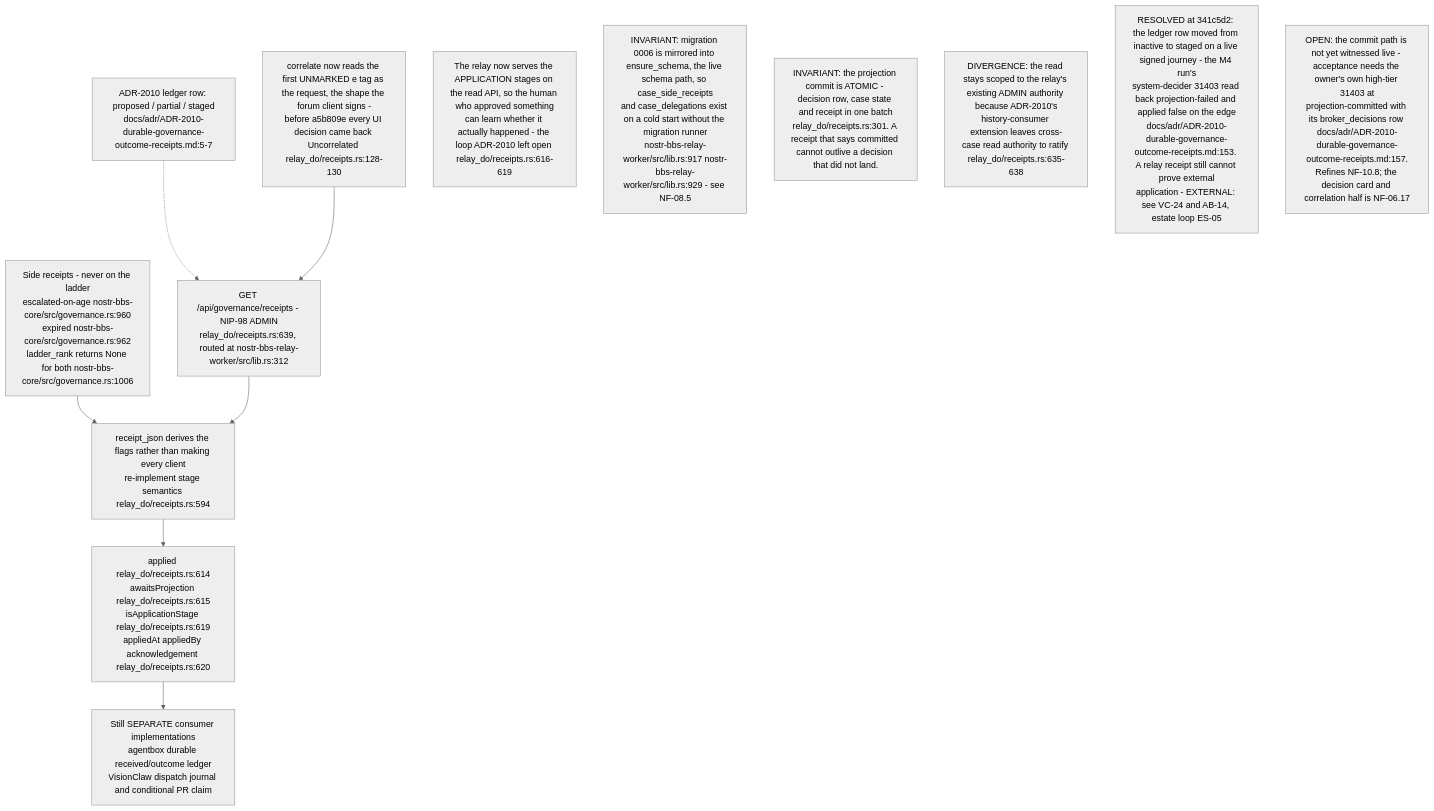
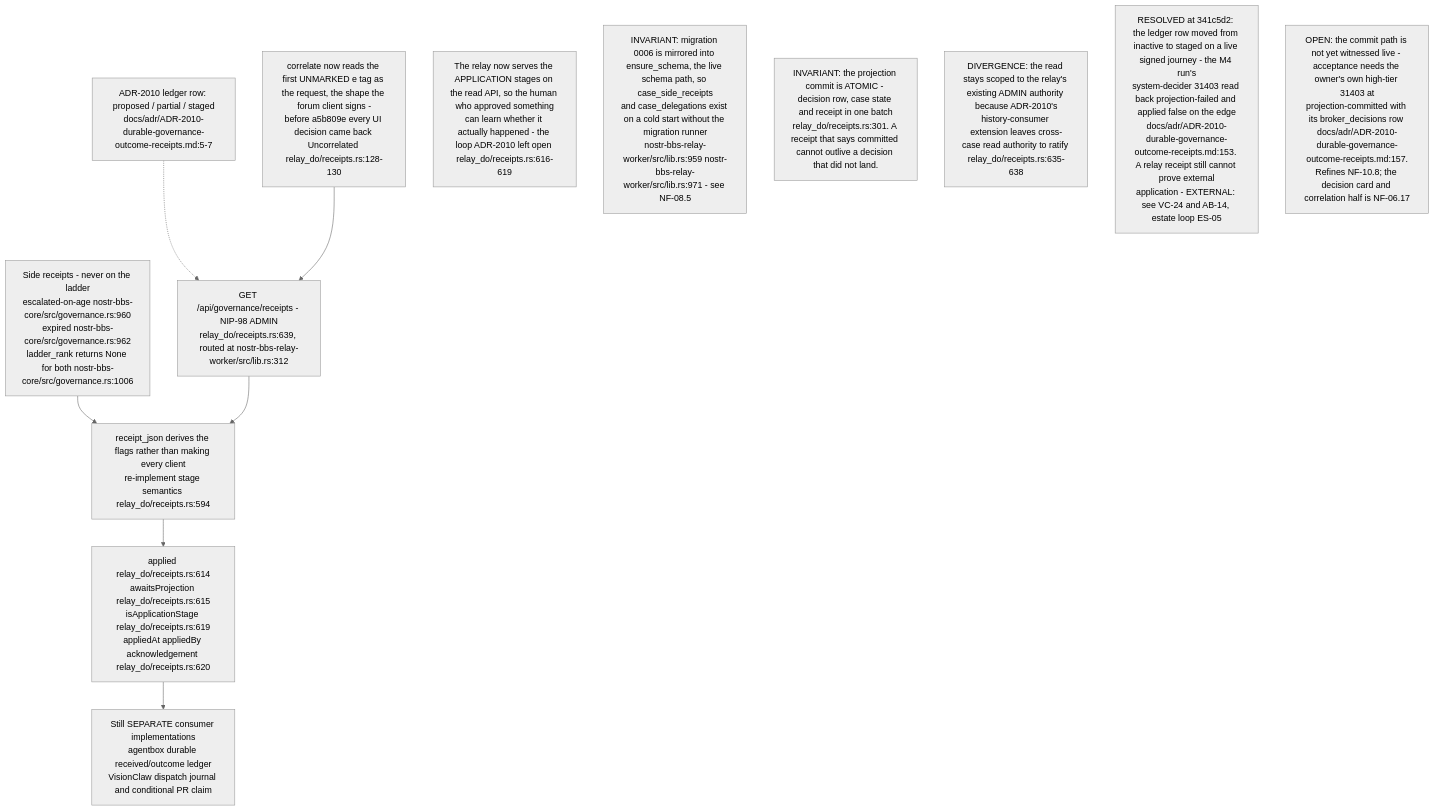
The ninth of 16 diagrams in docs/diagrams/nostr-rust-forum/11-relay-durable-object-internals.md (DreamLab-AI/VisionFlow), drawn with Mermaid (neutral theme) before and after one commit. The commit also changed other lines of this file and 26 other files, not shown here.

First line of the commit message:
docs(diagrams): re-verify solid-pod-rs, nostr-rust-forum and visionclaw 22/36 against HEAD

````diff
--- a/docs/diagrams/nostr-rust-forum/11-relay-durable-object-internals.md
+++ b/docs/diagrams/nostr-rust-forum/11-relay-durable-object-internals.md
@@ -289,23 +293,23 @@
 ```mermaid
 flowchart TB
     SIDE["Side receipts - never on the ladder<br/>escalated-on-age nostr-bbs-core/src/governance.rs:960<br/>expired nostr-bbs-core/src/governance.rs:962<br/>ladder_rank returns None for both nostr-bbs-core/src/governance.rs:1006"]
     API["GET /api/governance/receipts - NIP-98 ADMIN<br/>relay_do/receipts.rs:639, routed at nostr-bbs-relay-worker/src/lib.rs:312"]
     JSON["receipt_json derives the flags rather than making every client<br/>re-implement stage semantics relay_do/receipts.rs:594"]
     FLAGS["applied relay_do/receipts.rs:614<br/>awaitsProjection relay_do/receipts.rs:615<br/>isApplicationStage relay_do/receipts.rs:619<br/>appliedAt appliedBy acknowledgement relay_do/receipts.rs:620"]
     LEDGER["ADR-2010 ledger row: proposed / partial / staged<br/>docs/adr/ADR-2010-durable-governance-outcome-receipts.md:5-7"]
     CORR["correlate now reads the first UNMARKED e tag as the request, the shape the forum client signs -<br/>before a5b809e every UI decision came back Uncorrelated relay_do/receipts.rs:128-130"]
     OPEN["Still SEPARATE consumer implementations<br/>agentbox durable received/outcome ledger<br/>VisionClaw dispatch journal and conditional PR claim"]
 
     SIDE --> JSON
     API --> JSON --> FLAGS
     LEDGER -.-> API
     CORR --> API
     FLAGS --> OPEN
 
     N1["The relay now serves the APPLICATION stages on the read API, so the human who approved something<br/>can learn whether it actually happened - the loop ADR-2010 left open relay_do/receipts.rs:616-619"]
-    N6["INVARIANT: migration 0006 is mirrored into ensure_schema, the live schema path, so case_side_receipts<br/>and case_delegations exist on a cold start without the migration runner<br/>nostr-bbs-relay-worker/src/lib.rs:917 nostr-bbs-relay-worker/src/lib.rs:929 - see NF-08.5"]
+    N6["INVARIANT: migration 0006 is mirrored into ensure_schema, the live schema path, so case_side_receipts<br/>and case_delegations exist on a cold start without the migration runner<br/>nostr-bbs-relay-worker/src/lib.rs:959 nostr-bbs-relay-worker/src/lib.rs:971 - see NF-08.5"]
     N2["INVARIANT: the projection commit is ATOMIC - decision row, case state and receipt in one batch<br/>relay_do/receipts.rs:301. A receipt that says committed cannot outlive a decision that did not land."]
     N3["DIVERGENCE: the read stays scoped to the relay's existing ADMIN authority because ADR-2010's<br/>history-consumer extension leaves cross-case read authority to ratify relay_do/receipts.rs:635-638"]
     N4["RESOLVED at 341c5d2: the ledger row moved from inactive to staged on a live signed journey - the M4 run's<br/>system-decider 31403 read back projection-failed and applied false on the edge<br/>docs/adr/ADR-2010-durable-governance-outcome-receipts.md:153. A relay receipt still cannot prove external<br/>application - EXTERNAL: see VC-24 and AB-14, estate loop ES-05"]
     N5["OPEN: the commit path is not yet witnessed live - acceptance needs the owner's own high-tier 31403 at<br/>projection-committed with its broker_decisions row docs/adr/ADR-2010-durable-governance-outcome-receipts.md:157.<br/>Refines NF-10.8; the decision card and correlation half is NF-06.17"]
 ```
````
